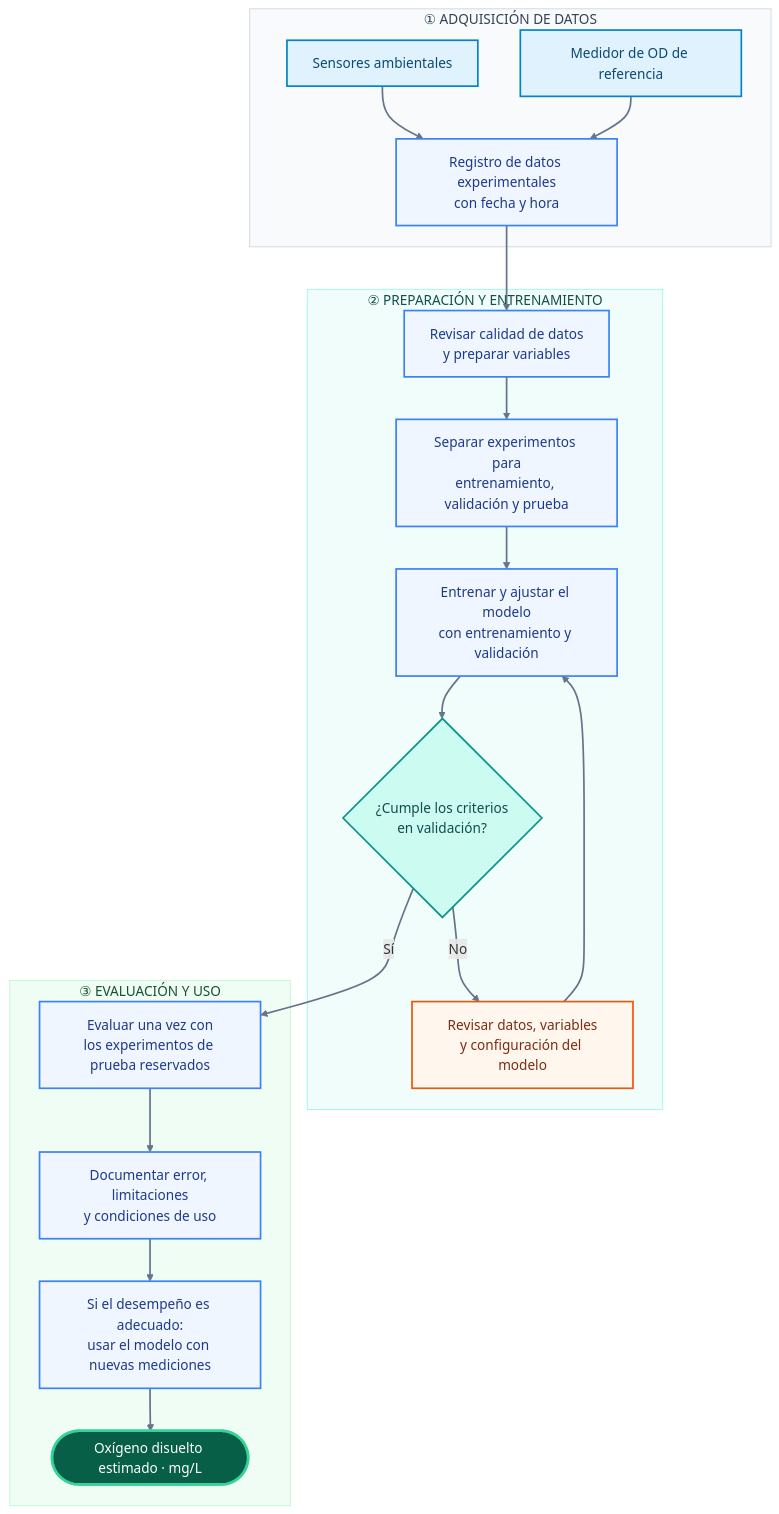
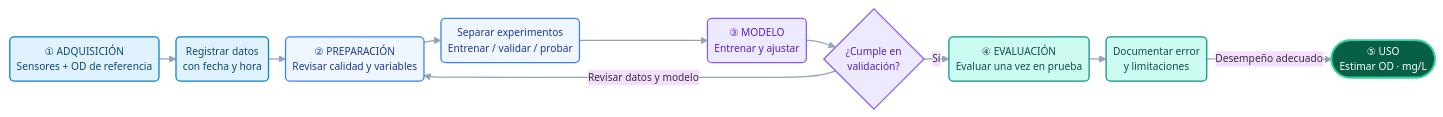
One commit to Marco404-Dev/PI_Equipo_09 changed the diagram in README.md. Above: the diagram before and after it, drawn with Mermaid.

````diff
--- a/README.md
+++ b/README.md
@@ -297,41 +297,32 @@
 ```mermaid
-flowchart TD
-    subgraph S1["① ADQUISICIÓN DE DATOS"]
-        A["Sensores ambientales"] --> C["Registro de datos experimentales<br/>con fecha y hora"]
-        B["Medidor de OD de referencia"] --> C
-    end
+%%{init: {"theme": "base", "themeVariables": {"fontSize": "12px"}, "flowchart": {"nodeSpacing": 15, "rankSpacing": 20, "padding": 8}}}%%
+flowchart LR
+    A("① ADQUISICIÓN<br/>Sensores + OD de referencia")
+    B("Registrar datos<br/>con fecha y hora")
+    C("② PREPARACIÓN<br/>Revisar calidad y variables")
+    D("Separar experimentos<br/>Entrenar / validar / probar")
+    E("③ MODELO<br/>Entrenar y ajustar")
+    F{"¿Cumple en<br/>validación?"}
+    G("④ EVALUACIÓN<br/>Evaluar una vez en prueba")
+    H("Documentar error<br/>y limitaciones")
+    I(["⑤ USO<br/>Estimar OD · mg/L"])
 
-    subgraph S2["② PREPARACIÓN Y ENTRENAMIENTO"]
-        C --> D["Revisar calidad de datos<br/>y preparar variables"]
-        D --> E["Separar experimentos para<br/>entrenamiento, validación y prueba"]
-        E --> F["Entrenar y ajustar el modelo<br/>con entrenamiento y validación"]
-        F --> G{"¿Cumple los criterios<br/>en validación?"}
-        G -- "No" --> H["Revisar datos, variables<br/>y configuración del modelo"]
-        H --> F
-    end
+    A --> B --> C --> D --> E --> F
+    F -- Revisar datos y modelo --> C
+    F -- Sí --> G --> H
+    H -- Desempeño adecuado --> I
 
-    subgraph S3["③ EVALUACIÓN Y USO"]
-        G -- "Sí" --> I["Evaluar una vez con<br/>los experimentos de prueba reservados"]
-        I --> J["Documentar error, limitaciones<br/>y condiciones de uso"]
-        J --> K["Si el desempeño es adecuado:<br/>usar el modelo con nuevas mediciones"]
-        K --> L(["Oxígeno disuelto estimado · mg/L"])
-    end
+    classDef datos fill:#E0F2FE,stroke:#0284C7,color:#0C4A6E,stroke-width:1.5px;
+    classDef preparacion fill:#EFF6FF,stroke:#3B82F6,color:#1E3A8A,stroke-width:1.5px;
+    classDef modelo fill:#EDE9FE,stroke:#8B5CF6,color:#5B21B6,stroke-width:1.5px;
+    classDef evaluacion fill:#CCFBF1,stroke:#0D9488,color:#134E4A,stroke-width:1.5px;
+    classDef resultado fill:#065F46,stroke:#34D399,color:#FFFFFF,stroke-width:2px;
 
-    classDef sensor fill:#E0F2FE,stroke:#0284C7,stroke-width:2px,color:#0C4A6E;
-    classDef proceso fill:#EFF6FF,stroke:#3B82F6,stroke-width:2px,color:#1E3A8A;
-    classDef decision fill:#CCFBF1,stroke:#0D9488,stroke-width:2px,color:#134E4A;
-    classDef revision fill:#FFF7ED,stroke:#EA580C,stroke-width:2px,color:#7C2D12;
-    classDef resultado fill:#065F46,stroke:#34D399,stroke-width:3px,color:#FFFFFF;
+    class A,B datos;
+    class C,D preparacion;
+    class E,F modelo;
+    class G,H evaluacion;
+    class I resultado;
 
-    class A,B sensor;
-    class C,D,E,F,I,J,K proceso;
-    class G decision;
-    class H revision;
-    class L resultado;
-
-    style S1 fill:#F8FAFC,stroke:#CBD5E1,color:#334155
-    style S2 fill:#F0FDFA,stroke:#99F6E4,color:#134E4A
-    style S3 fill:#F0FDF4,stroke:#BBF7D0,color:#14532D
-
-    linkStyle default stroke:#64748B,stroke-width:2px;
+    linkStyle default stroke:#94A3B8,stroke-width:1.5px;
 ```
````
